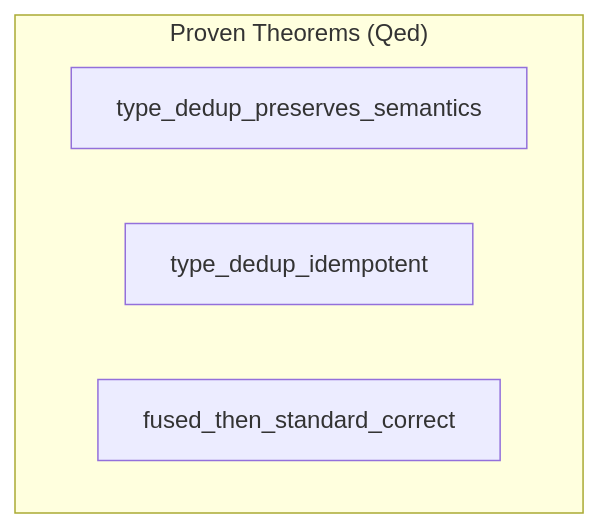
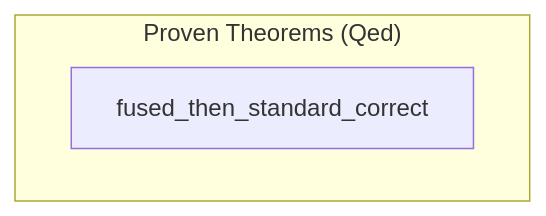
Before and after one commit to pulseengine/loom: the sixth of 8 diagrams in docs/design/fused-component-optimization.md, drawn with Mermaid. The commit also changed other lines of this file and 5 other files, not shown here.

````diff
--- a/docs/design/fused-component-optimization.md
+++ b/docs/design/fused-component-optimization.md
@@ -241,8 +239,6 @@
 ```mermaid
 flowchart TD
     subgraph proven["Proven Theorems (Qed)"]
-        TP["type_dedup_preserves_semantics"]
-        TI["type_dedup_idempotent"]
         FS["fused_then_standard_correct"]
     end
 ```
````
